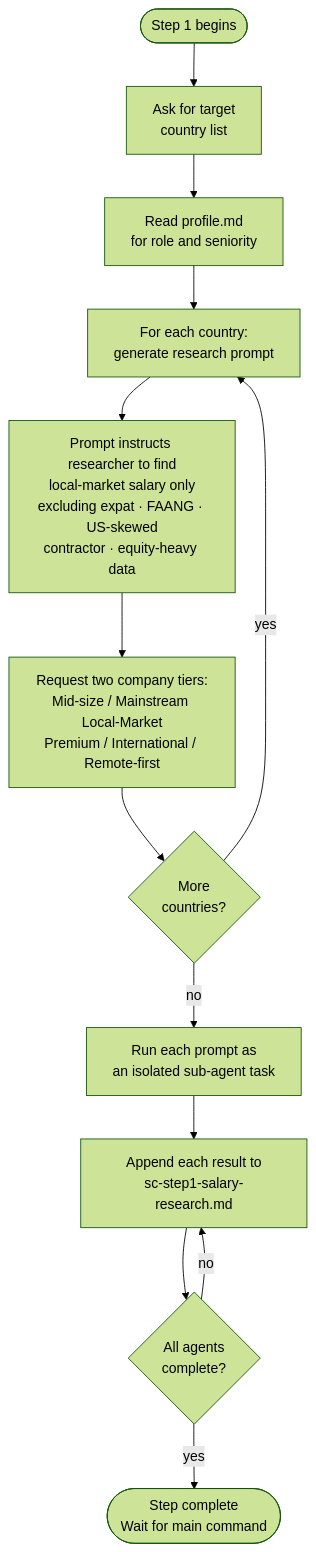
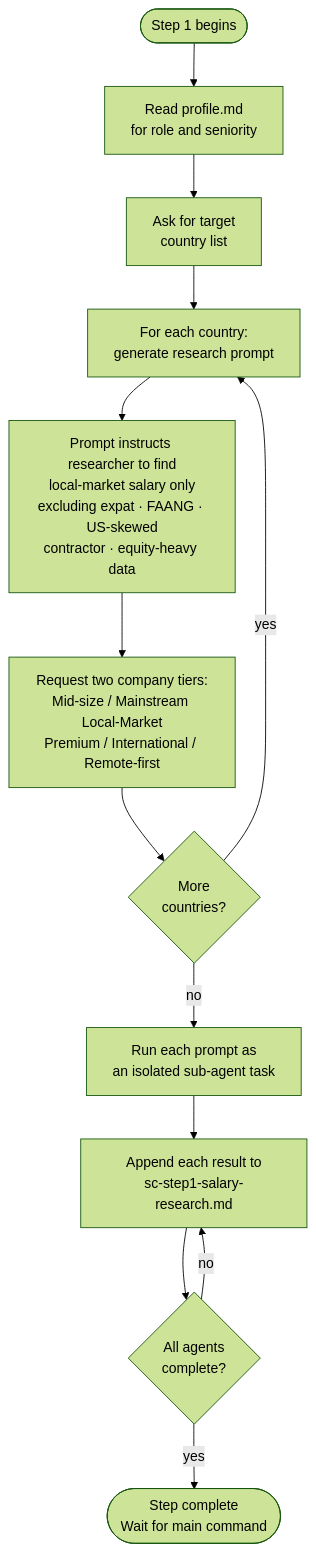
One commit to myowinthein/agent-compass changed the diagram in docs/commands/salary-calculator/step1-research-prompt-generator.md. Above: the diagram before and after it, drawn with Mermaid (forest theme). The commit also changed 3 other files, not shown here.

First line of the commit message:
refactor(salary-calculator): reorder step1 prompt, rename step5 files

````diff
--- a/docs/commands/salary-calculator/step1-research-prompt-generator.md
+++ b/docs/commands/salary-calculator/step1-research-prompt-generator.md
@@ -14,15 +14,15 @@
 ```mermaid
 flowchart TD
-  Start([Step 1 begins]) --> AskList[Ask for target\ncountry list]
-  AskList --> ReadProfile[Read profile.md\nfor role and seniority]
-  ReadProfile --> ForEach[For each country:\ngenerate research prompt]
+  Start([Step 1 begins]) --> ReadProfile[Read profile.md\nfor role and seniority]
+  ReadProfile --> AskList[Ask for target\ncountry list]
+  AskList --> ForEach[For each country:\ngenerate research prompt]
   ForEach --> Prompt[Prompt instructs researcher to find\nlocal-market salary only\nexcluding expat · FAANG · US-skewed\ncontractor · equity-heavy data]
   Prompt --> Tiers[Request two company tiers:\nMid-size / Mainstream Local-Market\nPremium / International / Remote-first]
   Tiers --> More{More\ncountries?}
   More -->|yes| ForEach
   More -->|no| Agents[Run each prompt as\nan isolated sub-agent task]
   Agents --> Append[Append each result to\nsc-step1-salary-research.md]
   Append --> AllDone{All agents\ncomplete?}
   AllDone -->|no| Append
   AllDone -->|yes| Done([Step complete\nWait for main command])
 ```
````
